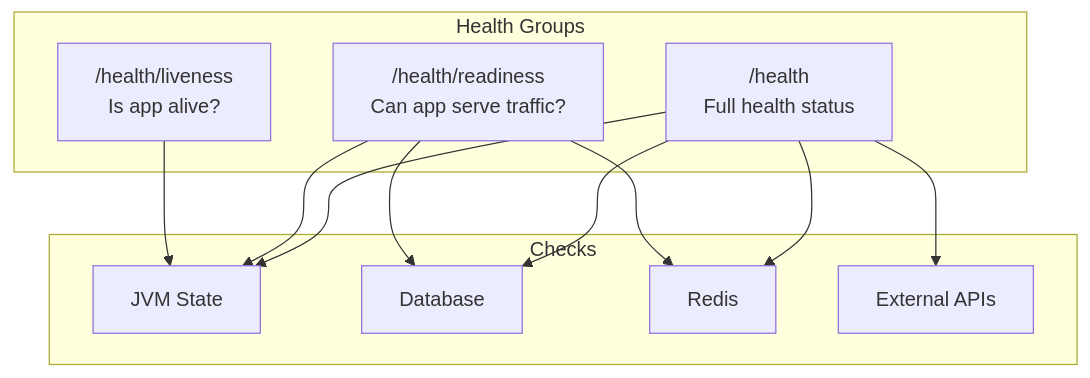
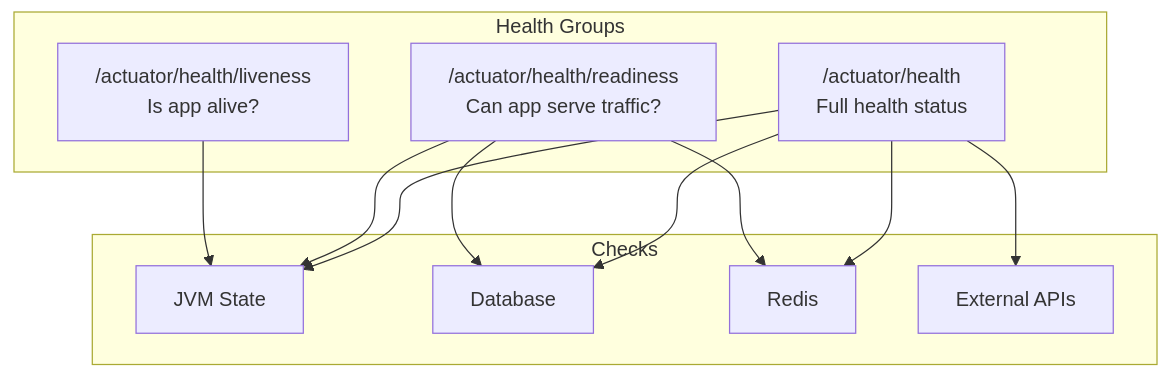
One commit to OneUptime/blog changed the third of 5 diagrams in posts/2026-01-26-spring-boot-actuator-health/README.md. Above: the diagram before and after it, drawn with Mermaid. The commit also changed other lines of this file and 2 other files, not shown here.

Commit message:
validate: 2026-01-26-spring-boot-actuator-health

````diff
--- a/posts/2026-01-26-spring-boot-actuator-health/README.md
+++ b/posts/2026-01-26-spring-boot-actuator-health/README.md
@@ -315,24 +326,24 @@
 ```mermaid
 flowchart TB
     subgraph "Health Groups"
-        Liveness["/health/liveness<br/>Is app alive?"]
-        Readiness["/health/readiness<br/>Can app serve traffic?"]
-        Full["/health<br/>Full health status"]
+        Liveness["/actuator/health/liveness<br/>Is app alive?"]
+        Readiness["/actuator/health/readiness<br/>Can app serve traffic?"]
+        Full["/actuator/health<br/>Full health status"]
     end
 
     subgraph "Checks"
         JVM["JVM State"]
         DB["Database"]
         Redis["Redis"]
         API["External APIs"]
     end
 
     Liveness --> JVM
     Readiness --> JVM
     Readiness --> DB
     Readiness --> Redis
     Full --> JVM
     Full --> DB
     Full --> Redis
     Full --> API
 ```
````
